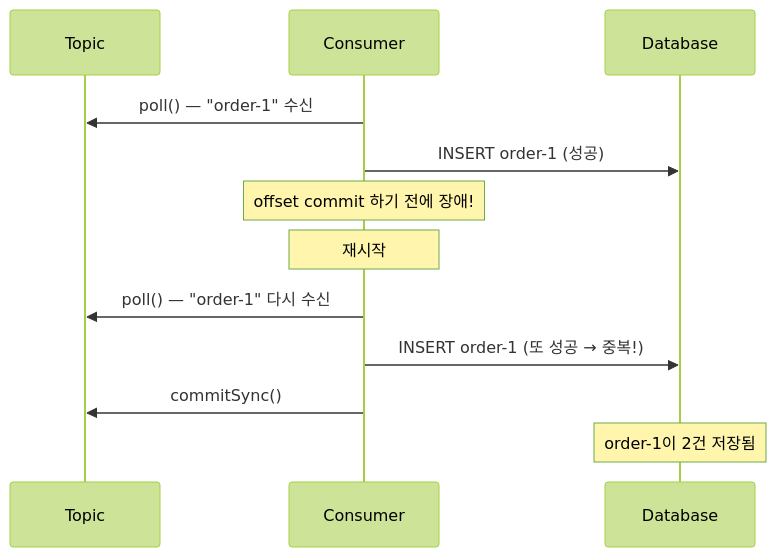
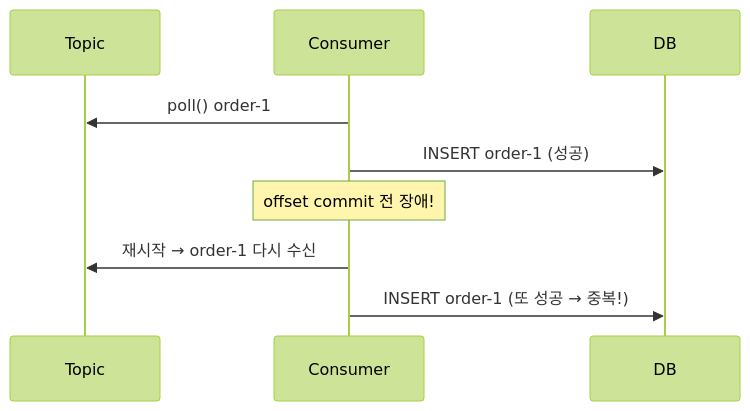
The third of 3 diagrams in docs/book/2-spring/06-eos-transactions.md (ghtjr410/kafka-lab), drawn with Mermaid (forest theme) before and after one commit. The commit also changed other lines of this file and 1 other file, not shown here.

````diff
--- a/docs/book/2-spring/06-eos-transactions.md
+++ b/docs/book/2-spring/06-eos-transactions.md
@@ -156,18 +64,11 @@
 ```mermaid
 sequenceDiagram
     participant T as Topic
     participant C as Consumer
-    participant DB as Database
-
-    C->>T: poll() — "order-1" 수신
+    participant DB as DB
+    C->>T: poll() order-1
     C->>DB: INSERT order-1 (성공)
-    Note over C: offset commit 하기 전에 장애!
-
-    Note over C: 재시작
-
-    C->>T: poll() — "order-1" 다시 수신
+    Note over C: offset commit 전 장애!
+    C->>T: 재시작 → order-1 다시 수신
     C->>DB: INSERT order-1 (또 성공 → 중복!)
-    C->>T: commitSync()
-
-    Note over DB: order-1이 2건 저장됨
 ```
````
